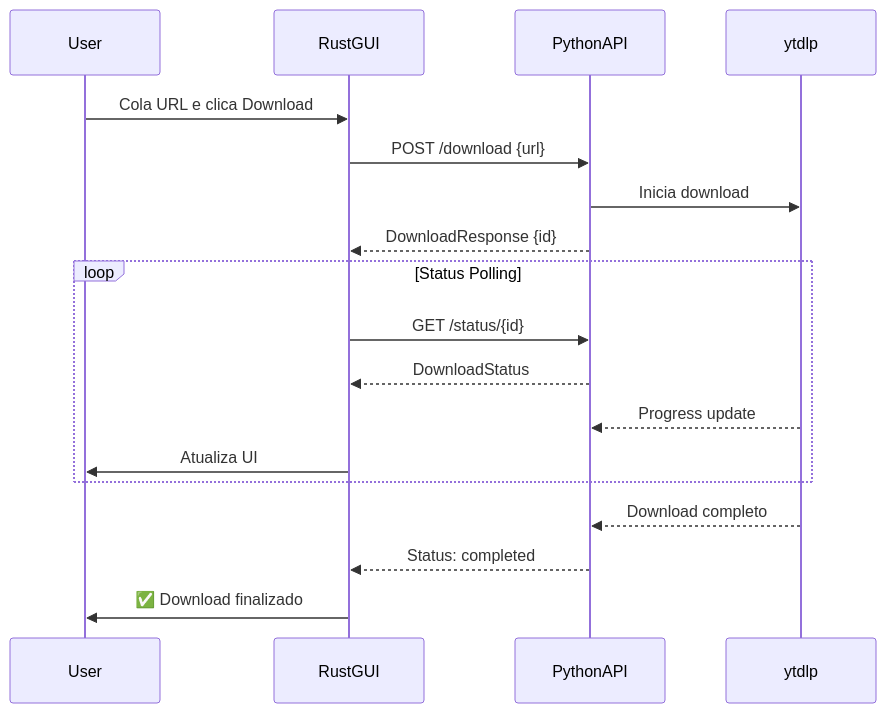
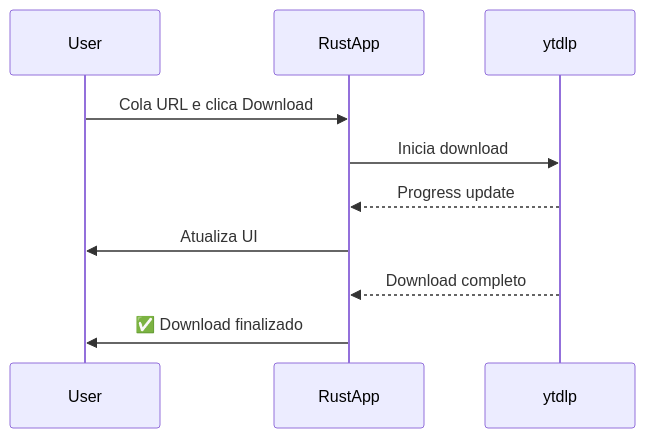
One commit to BetoCaldas-Rust/SocialMediaDownloader changed the diagram in README.md. Above: the diagram before and after it, drawn with Mermaid. The commit also changed other lines of this file and 76 other files, not shown here.

````diff
--- a/README.md
+++ b/README.md
@@ -304,23 +189,13 @@
 ```mermaid
 sequenceDiagram
     participant User
-    participant RustGUI
-    participant PythonAPI
+    participant RustApp
     participant ytdlp
 
-    User->>RustGUI: Cola URL e clica Download
-    RustGUI->>PythonAPI: POST /download {url}
-    PythonAPI->>ytdlp: Inicia download
-    PythonAPI-->>RustGUI: DownloadResponse {id}
-    
-    loop Status Polling
-        RustGUI->>PythonAPI: GET /status/{id}
-        PythonAPI-->>RustGUI: DownloadStatus
-        ytdlp-->>PythonAPI: Progress update
-        RustGUI->>User: Atualiza UI
-    end
-    
-    ytdlp-->>PythonAPI: Download completo
-    PythonAPI-->>RustGUI: Status: completed
-    RustGUI->>User: ✅ Download finalizado
+    User->>RustApp: Cola URL e clica Download
+    RustApp->>ytdlp: Inicia download
+    ytdlp-->>RustApp: Progress update
+    RustApp->>User: Atualiza UI
+    ytdlp-->>RustApp: Download completo
+    RustApp->>User: ✅ Download finalizado
 ```
````
